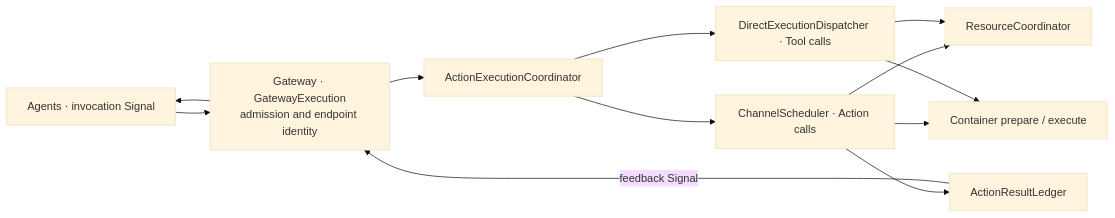
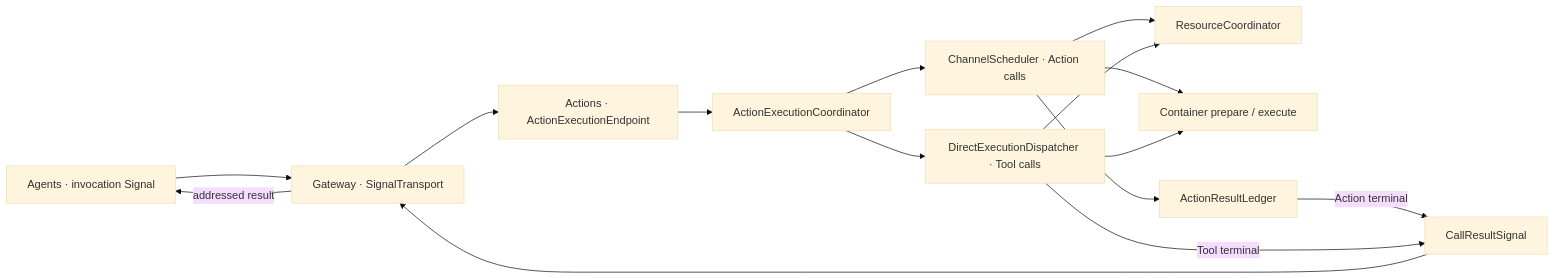
One commit to devilyouwei/MobileHarness changed the diagram in MobileHarness/Actions/Support/Shell/README.md. Above: the diagram before and after it, drawn with Mermaid (base theme). The commit also changed other lines of this file and 97 other files, not shown here.

First line of the commit message:
Unify action and tool transport and log Agent controls

````diff
--- a/MobileHarness/Actions/Support/Shell/README.md
+++ b/MobileHarness/Actions/Support/Shell/README.md
@@ -5,14 +5,17 @@
 ```mermaid
 flowchart LR
-    Agents["Agents · invocation Signal"] --> Gateway["Gateway · GatewayExecution<br/>admission and endpoint identity"]
-    Gateway --> Shell["ActionExecutionCoordinator"]
+    Agents["Agents · invocation Signal"] --> Gateway["Gateway · SignalTransport"]
+    Gateway --> Receive["Actions · ActionExecutionEndpoint"]
+    Receive --> Shell["ActionExecutionCoordinator"]
     Shell --> Scheduler["ChannelScheduler · Action calls"]
     Shell --> Direct["DirectExecutionDispatcher · Tool calls"]
     Scheduler --> Resources["ResourceCoordinator"]
     Direct --> Resources
     Scheduler --> Port["Container prepare / execute"]
     Direct --> Port
     Scheduler --> Ledger["ActionResultLedger"]
-    Ledger -->|"feedback Signal"| Gateway
-    Gateway --> Agents
+    Ledger -->|"Action terminal"| Results["CallResultSignal"]
+    Direct -->|"Tool terminal"| Results
+    Results --> Gateway
+    Gateway -->|"addressed result"| Agents
 ```
````
